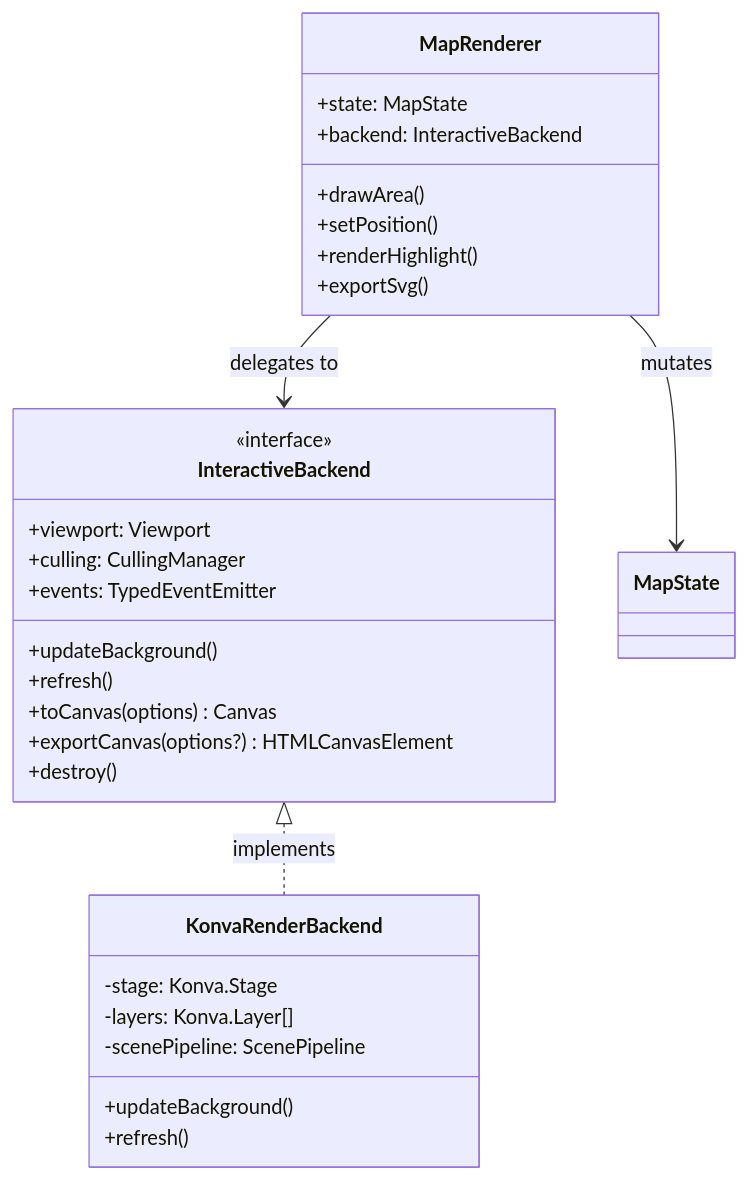
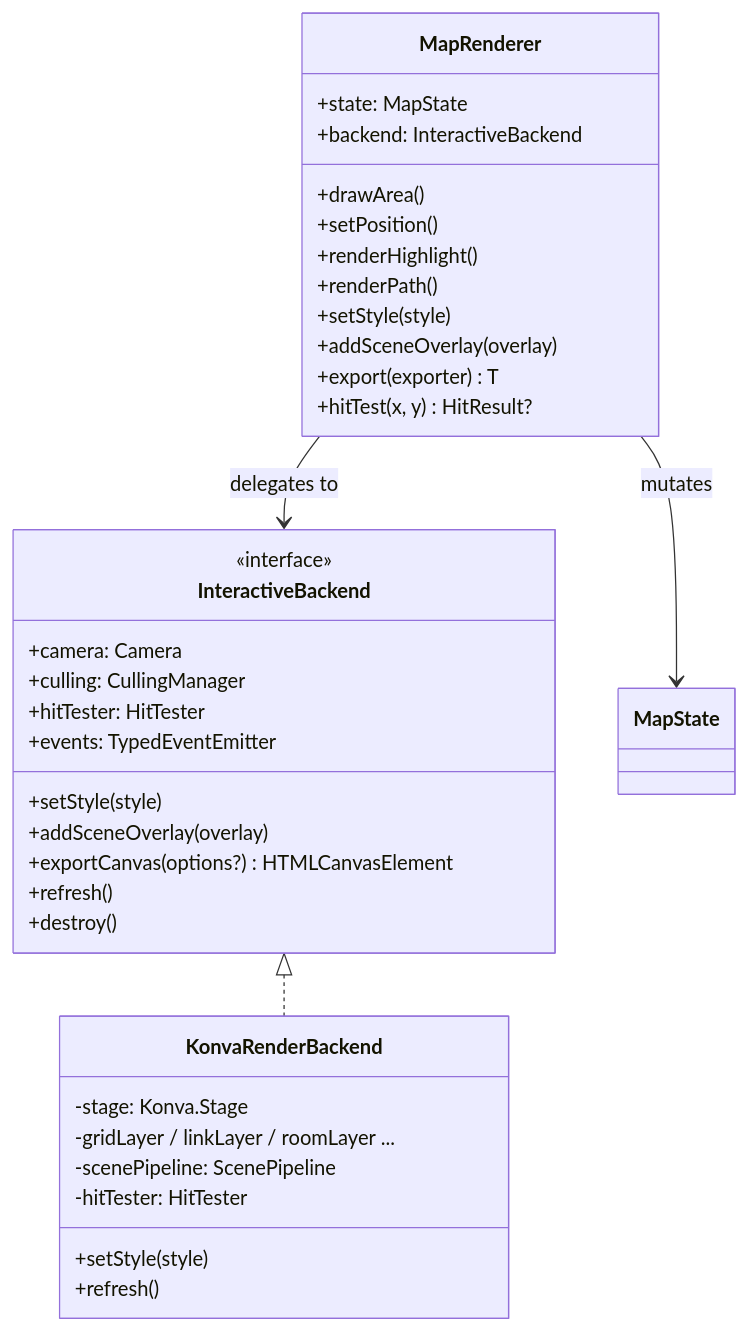
One commit to Delwing/mudlet-map-renderer changed the ninth of 17 diagrams in docs/architecture.md. Above: the diagram before and after it, drawn with Mermaid. The commit also changed other lines of this file and 44 other files, not shown here.

````diff
--- a/docs/architecture.md
+++ b/docs/architecture.md
@@ -258,35 +378,41 @@
 ```mermaid
 classDiagram
     class InteractiveBackend {
         <<interface>>
-        +viewport: Viewport
+        +camera: Camera
         +culling: CullingManager
+        +hitTester: HitTester
         +events: TypedEventEmitter
-        +updateBackground()
+        +setStyle(style)
+        +addSceneOverlay(overlay)
+        +exportCanvas(options?) HTMLCanvasElement
         +refresh()
-        +toCanvas(options) Canvas
-        +exportCanvas(options?) HTMLCanvasElement
         +destroy()
     }
 
     class KonvaRenderBackend {
         -stage: Konva.Stage
-        -layers: Konva.Layer[]
+        -gridLayer / linkLayer / roomLayer ...
         -scenePipeline: ScenePipeline
-        +updateBackground()
+        -hitTester: HitTester
+        +setStyle(style)
         +refresh()
     }
 
     class MapRenderer {
         +state: MapState
         +backend: InteractiveBackend
         +drawArea()
         +setPosition()
         +renderHighlight()
-        +exportSvg()
+        +renderPath()
+        +setStyle(style)
+        +addSceneOverlay(overlay)
+        +export(exporter) T
+        +hitTest(x, y) HitResult?
     }
 
-    InteractiveBackend <|.. KonvaRenderBackend : implements
+    InteractiveBackend <|.. KonvaRenderBackend
     MapRenderer --> InteractiveBackend : delegates to
     MapRenderer --> MapState : mutates
 ```
````
